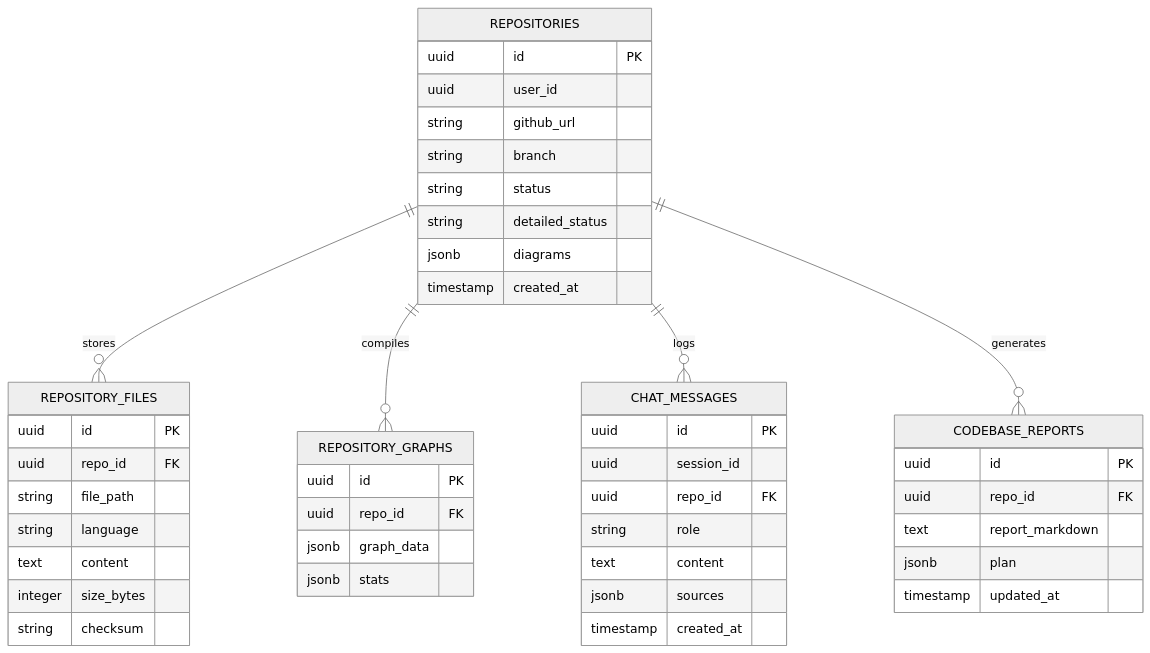
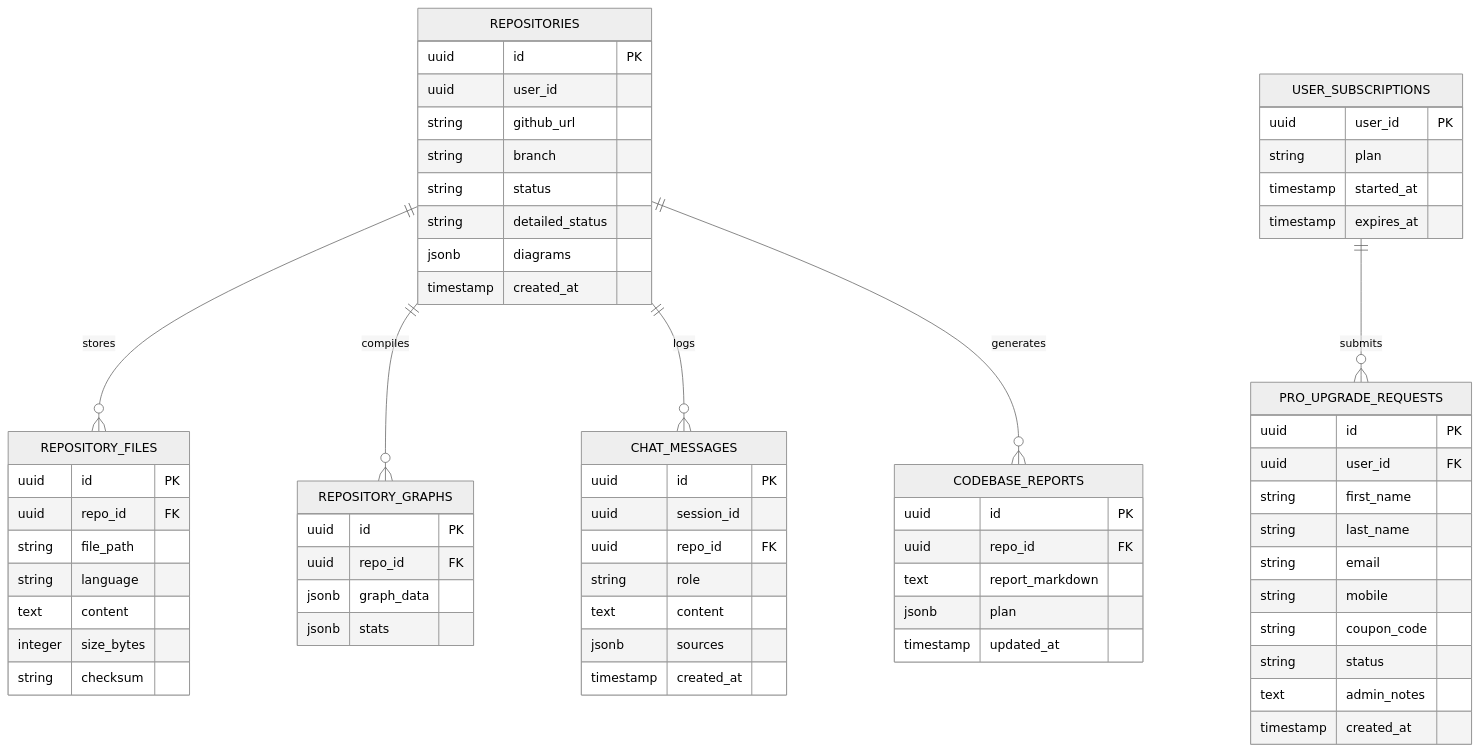
One commit to Priyanshu-Debugs/GitDecode changed the sixth of 6 diagrams in README.md. Above: the diagram before and after it, drawn with Mermaid (neutral theme). The commit also changed other lines of this file, not shown here.

Commit message:
docs: update README with multi-provider LLM support, PostgreSQL graph persistence, and admin panel documentation

````diff
--- a/README.md
+++ b/README.md
@@ -465,53 +539,74 @@
 ```mermaid
 erDiagram
     REPOSITORIES ||--o{ REPOSITORY_FILES : stores
     REPOSITORIES ||--o{ REPOSITORY_GRAPHS : compiles
     REPOSITORIES ||--o{ CHAT_MESSAGES : logs
     REPOSITORIES ||--o{ CODEBASE_REPORTS : generates
+    USER_SUBSCRIPTIONS ||--o{ PRO_UPGRADE_REQUESTS : submits
     
     REPOSITORIES {
         uuid id PK
         uuid user_id
         string github_url
         string branch
         string status
         string detailed_status
         jsonb diagrams
         timestamp created_at
     }
 
     REPOSITORY_FILES {
         uuid id PK
         uuid repo_id FK
         string file_path
         string language
         text content
         integer size_bytes
         string checksum
     }
 
     REPOSITORY_GRAPHS {
         uuid id PK
         uuid repo_id FK
         jsonb graph_data
         jsonb stats
     }
 
     CHAT_MESSAGES {
         uuid id PK
         uuid session_id
         uuid repo_id FK
         string role
         text content
         jsonb sources
         timestamp created_at
     }
 
     CODEBASE_REPORTS {
         uuid id PK
         uuid repo_id FK
         text report_markdown
         jsonb plan
         timestamp updated_at
     }
+
+    USER_SUBSCRIPTIONS {
+        uuid user_id PK
+        string plan
+        timestamp started_at
+        timestamp expires_at
+    }
+
+    PRO_UPGRADE_REQUESTS {
+        uuid id PK
+        uuid user_id FK
+        string first_name
+        string last_name
+        string email
+        string mobile
+        string coupon_code
+        string status
+        text admin_notes
+        timestamp created_at
+    }
 ```
````
